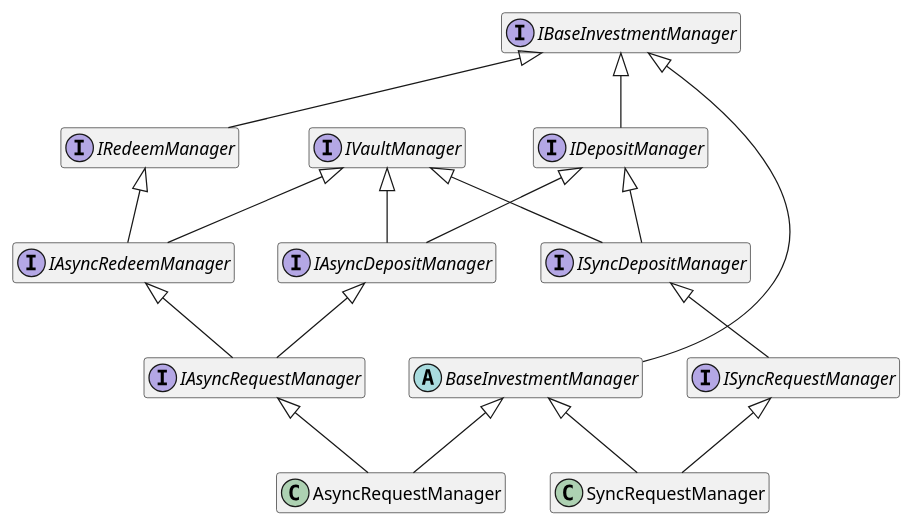
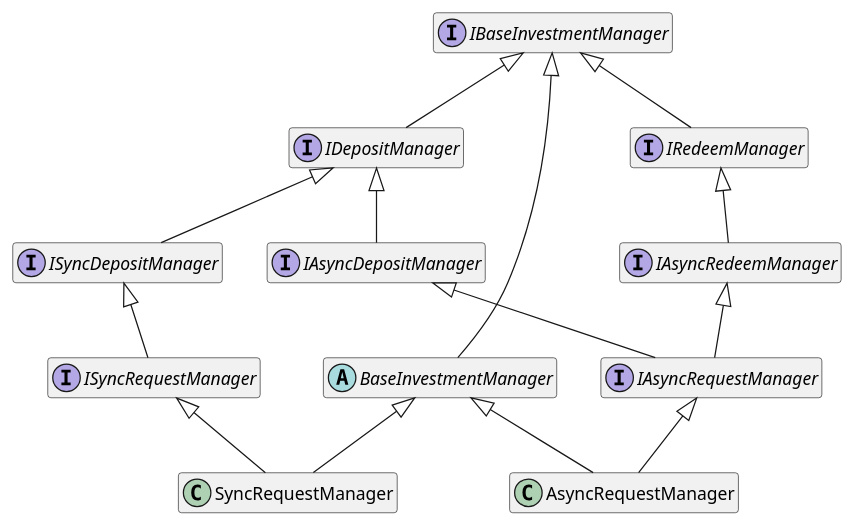
The diagram in docs/architecture/vaults/managers.puml (centrifuge/protocol), drawn with PlantUML before and after one commit. The commit also changed 16 other files, not shown here.

Commit message:
ref: rm IVaultManager

```diff
--- a/docs/architecture/vaults/managers.puml
+++ b/docs/architecture/vaults/managers.puml
@@ -1,43 +1,39 @@
 @startuml
 hide empty members
 
 interface IBaseInvestmentManager
-interface IVaultManager
 
 interface IDepositManager
 interface IRedeemManager
 
 interface IAsyncDepositManager
 interface ISyncDepositManager
 interface IAsyncRedeemManager
 
 interface IAsyncRequestManager
 interface ISyncRequestManager
 
 IDepositManager -up-|> IBaseInvestmentManager
 IRedeemManager -up-|> IBaseInvestmentManager
 
 IAsyncDepositManager -up-|> IDepositManager
-IAsyncDepositManager -up-|> IVaultManager
 ISyncDepositManager -up-|> IDepositManager
-ISyncDepositManager -up-|> IVaultManager
 IAsyncRedeemManager -up-|> IRedeemManager
-IAsyncRedeemManager -up-|> IVaultManager
 
 IAsyncRequestManager -up-|> IAsyncDepositManager
 IAsyncRequestManager -up-|> IAsyncRedeemManager
 
 ISyncRequestManager -up-|> ISyncDepositManager
 
 abstract BaseInvestmentManager
 class AsyncRequestManager
 class SyncRequestManager
 
 AsyncRequestManager -up-|> BaseInvestmentManager
 SyncRequestManager -up-|> BaseInvestmentManager
 
 BaseInvestmentManager -up-|> IBaseInvestmentManager
 AsyncRequestManager -up-|> IAsyncRequestManager
 SyncRequestManager -up-|> ISyncRequestManager
 
 @enduml
```
